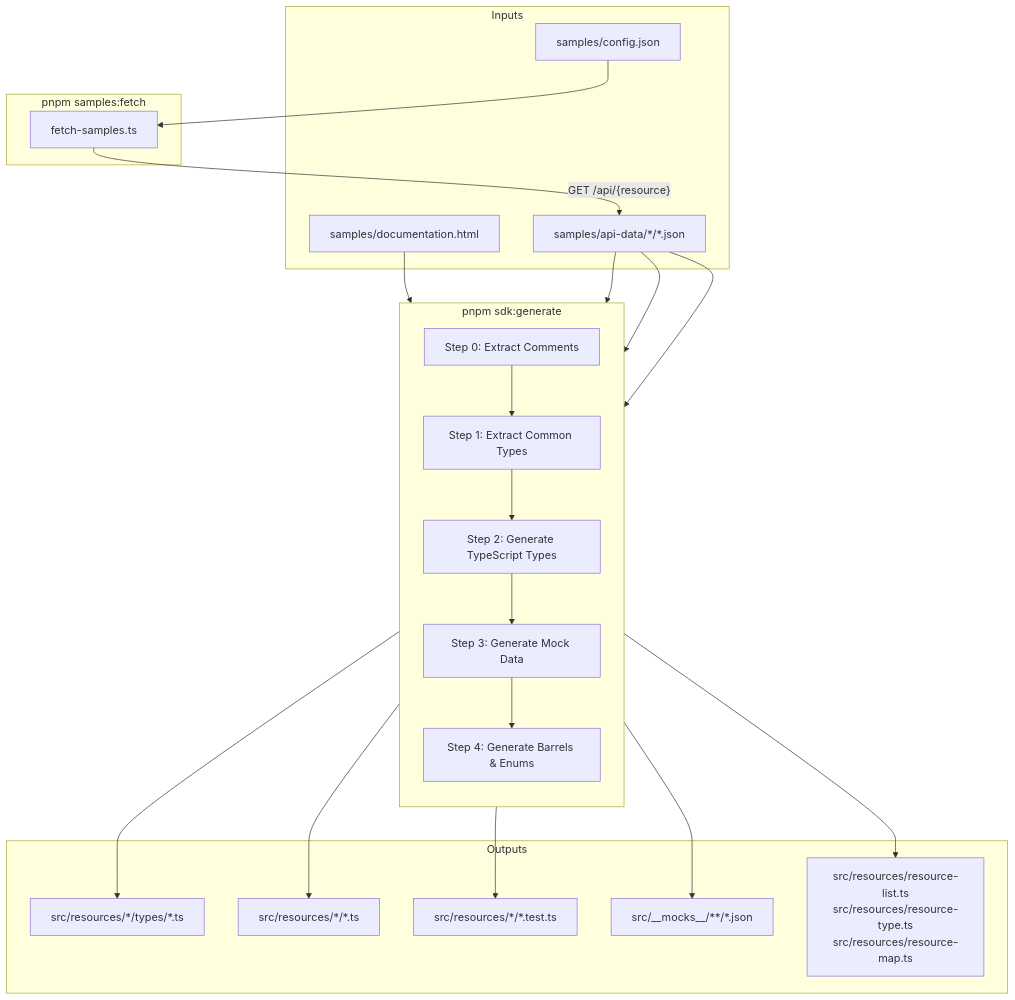
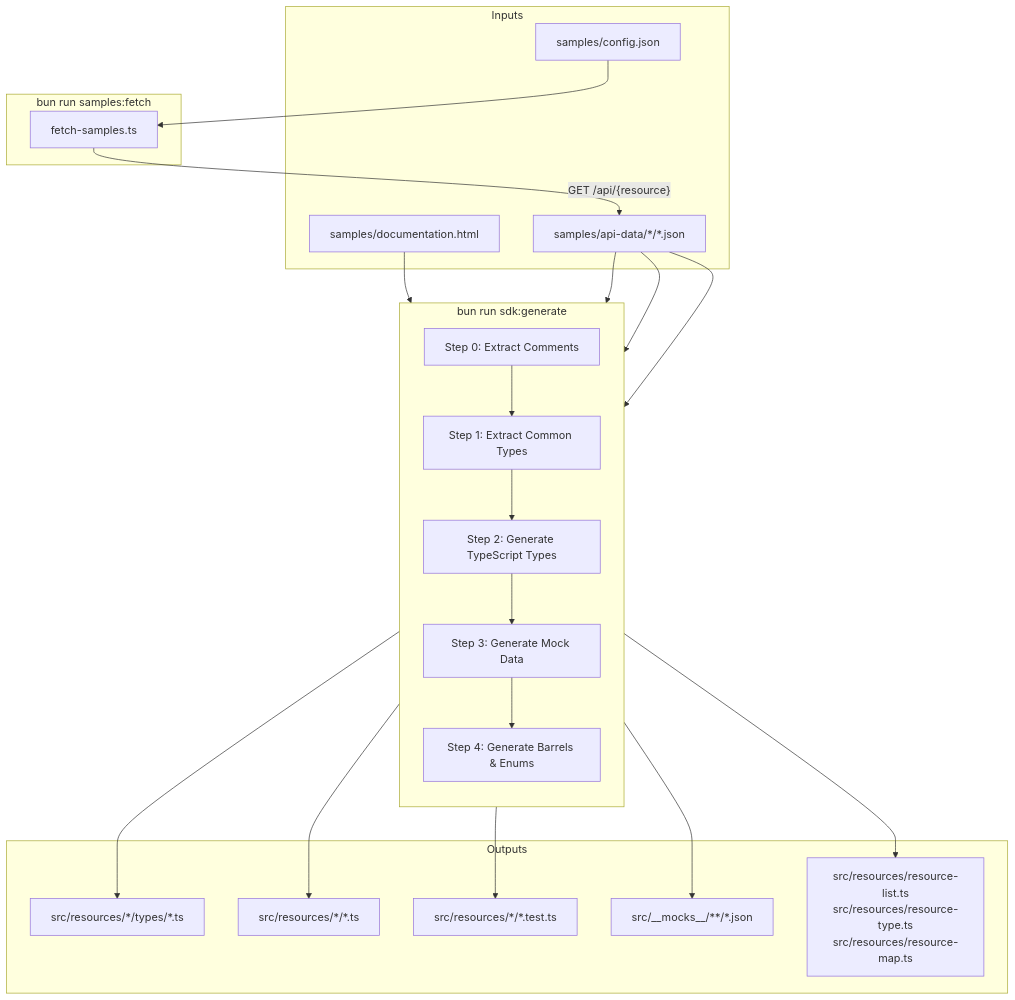
One commit to AllyMurray/comic-vine changed the first of 2 diagrams in scripts/README.md. Above: the diagram before and after it, drawn with Mermaid. The commit also changed other lines of this file and 81 other files, not shown here.

````diff
--- a/scripts/README.md
+++ b/scripts/README.md
@@ -7,46 +7,46 @@
 ```mermaid
 flowchart TD
     subgraph Inputs
         config["samples/config.json"]
         html["samples/documentation.html"]
         api["samples/api-data/*/*.json"]
     end
 
-    subgraph fetch["pnpm samples:fetch"]
+    subgraph fetch["bun run samples:fetch"]
         F["fetch-samples.ts"]
     end
 
     config --> F
     F -- "GET /api/{resource}" --> api
 
-    subgraph generate["pnpm sdk:generate"]
+    subgraph generate["bun run sdk:generate"]
         direction TB
 
         S0["Step 0: Extract Comments"]
         S1["Step 1: Extract Common Types"]
         S2["Step 2: Generate TypeScript Types"]
         S3["Step 3: Generate Mock Data"]
         S4["Step 4: Generate Barrels & Enums"]
 
         S0 --> S1 --> S2 --> S3 --> S4
     end
 
     html --> S0
     api --> S1
     api --> S2
     api --> S3
 
     subgraph Outputs
         types["src/resources/*/types/*.ts"]
         classes["src/resources/*/*.ts"]
         tests["src/resources/*/*.test.ts"]
         mocks["src/__mocks__/**/*.json"]
         barrels["src/resources/resource-list.ts\nsrc/resources/resource-type.ts\nsrc/resources/resource-map.ts"]
     end
 
     S2 --> types
     S2 --> classes
     S2 --> tests
     S3 --> mocks
     S4 --> barrels
 ```
````
